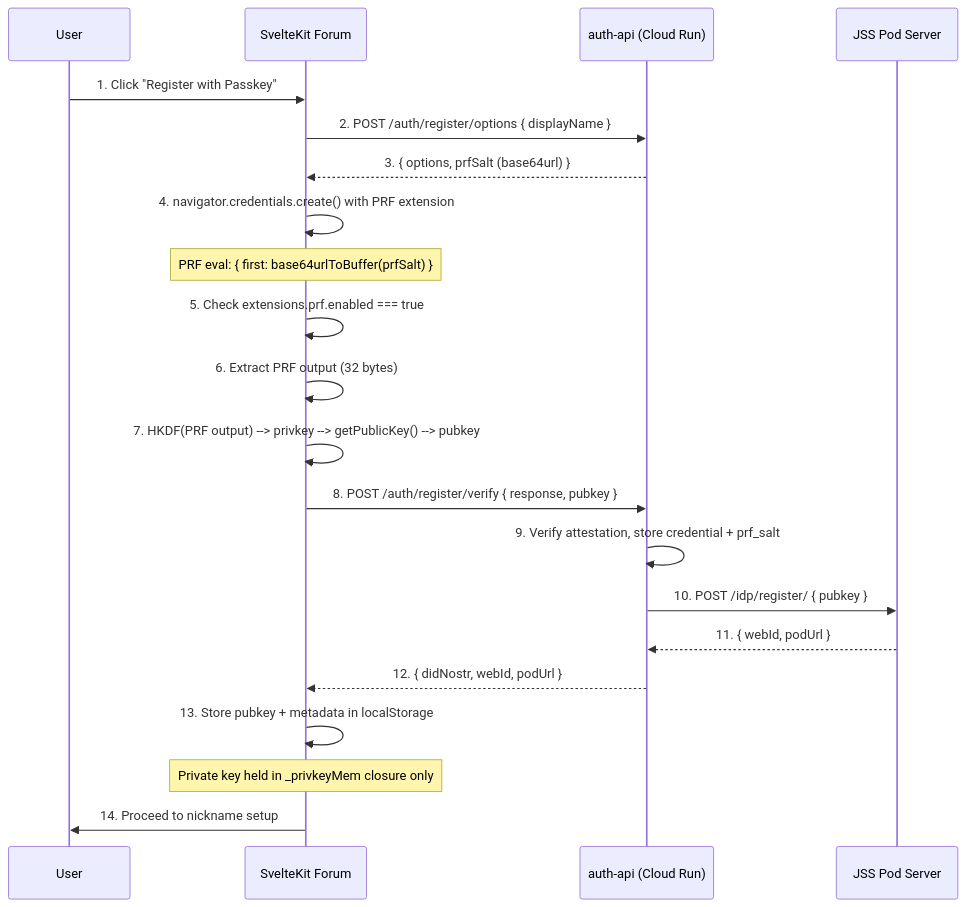
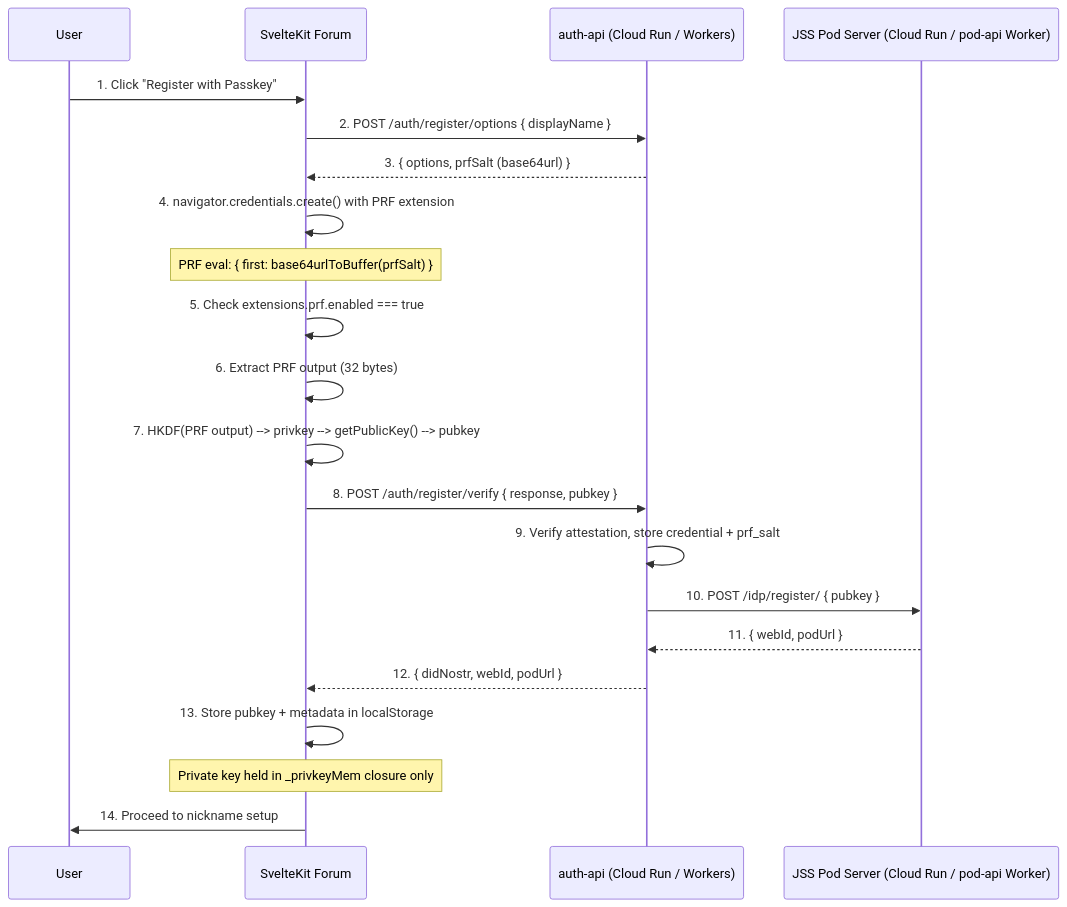
One commit to DreamLab-AI/dreamlab-ai-website changed the first of 2 diagrams in docs/features/authentication.md. Above: the diagram before and after it, drawn with Mermaid. The commit also changed other lines of this file and 41 other files, not shown here.

````diff
--- a/docs/features/authentication.md
+++ b/docs/features/authentication.md
@@ -63,28 +63,28 @@
 ```mermaid
 sequenceDiagram
     participant User
     participant Client as SvelteKit Forum
-    participant AuthAPI as auth-api (Cloud Run)
-    participant JSS as JSS Pod Server
+    participant AuthAPI as auth-api (Cloud Run / Workers)
+    participant JSS as JSS Pod Server (Cloud Run / pod-api Worker)
 
     User->>Client: 1. Click "Register with Passkey"
     Client->>AuthAPI: 2. POST /auth/register/options { displayName }
     AuthAPI-->>Client: 3. { options, prfSalt (base64url) }
 
     Client->>Client: 4. navigator.credentials.create() with PRF extension
     Note over Client: PRF eval: { first: base64urlToBuffer(prfSalt) }
 
     Client->>Client: 5. Check extensions.prf.enabled === true
     Client->>Client: 6. Extract PRF output (32 bytes)
     Client->>Client: 7. HKDF(PRF output) --> privkey --> getPublicKey() --> pubkey
 
     Client->>AuthAPI: 8. POST /auth/register/verify { response, pubkey }
     AuthAPI->>AuthAPI: 9. Verify attestation, store credential + prf_salt
     AuthAPI->>JSS: 10. POST /idp/register/ { pubkey }
     JSS-->>AuthAPI: 11. { webId, podUrl }
     AuthAPI-->>Client: 12. { didNostr, webId, podUrl }
 
     Client->>Client: 13. Store pubkey + metadata in localStorage
     Note over Client: Private key held in _privkeyMem closure only
     Client->>User: 14. Proceed to nickname setup
 ```
````
